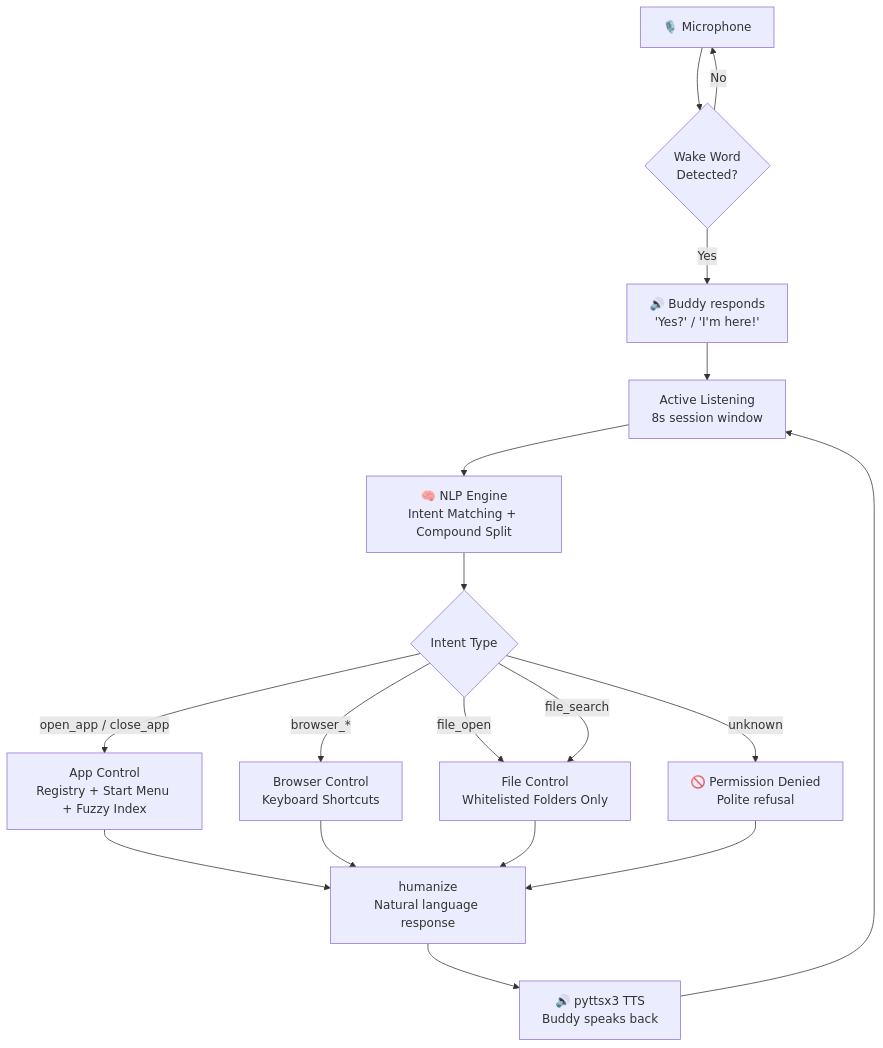
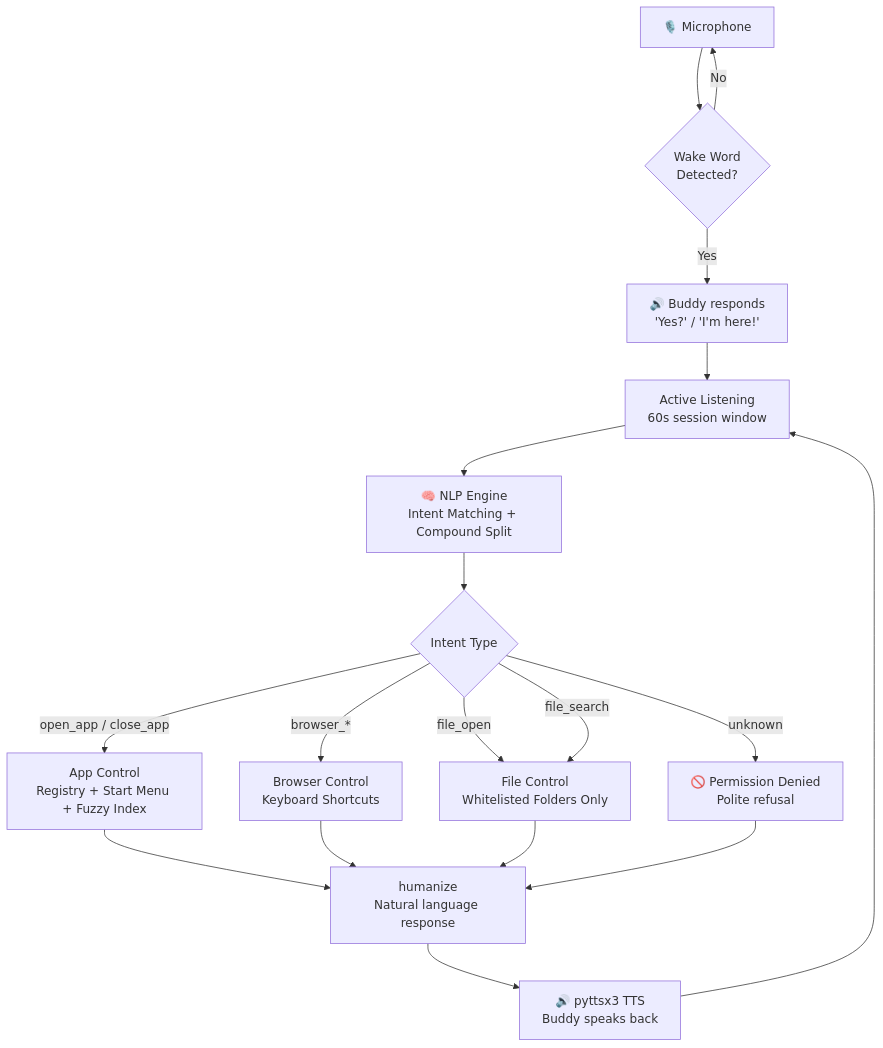
One commit to swarajshelke12/BuddyAssistant changed the diagram in README.md. Above: the diagram before and after it, drawn with Mermaid.

Commit message:
docs: update README to reflect 60s session window after timeout increase

````diff
--- a/README.md
+++ b/README.md
@@ -276,24 +276,24 @@
 ```mermaid
 flowchart TD
     A[🎙️ Microphone] --> B{Wake Word\nDetected?}
     B -- No --> A
     B -- Yes --> C[🔊 Buddy responds\n'Yes?' / 'I'm here!']
-    C --> D[Active Listening\n8s session window]
+    C --> D[Active Listening\n60s session window]
     D --> E[🧠 NLP Engine\nIntent Matching + Compound Split]
 
     E --> F{Intent Type}
 
     F -->|open_app / close_app| G[App Control\nRegistry + Start Menu + Fuzzy Index]
     F -->|browser_*| H[Browser Control\nKeyboard Shortcuts]
     F -->|file_open| I[File Control\nWhitelisted Folders Only]
     F -->|file_search| I
     F -->|unknown| J[🚫 Permission Denied\nPolite refusal]
 
     G --> K[humanize\nNatural language response]
     H --> K
     I --> K
     J --> K
 
     K --> L[🔊 pyttsx3 TTS\nBuddy speaks back]
     L --> D
 ```
````
